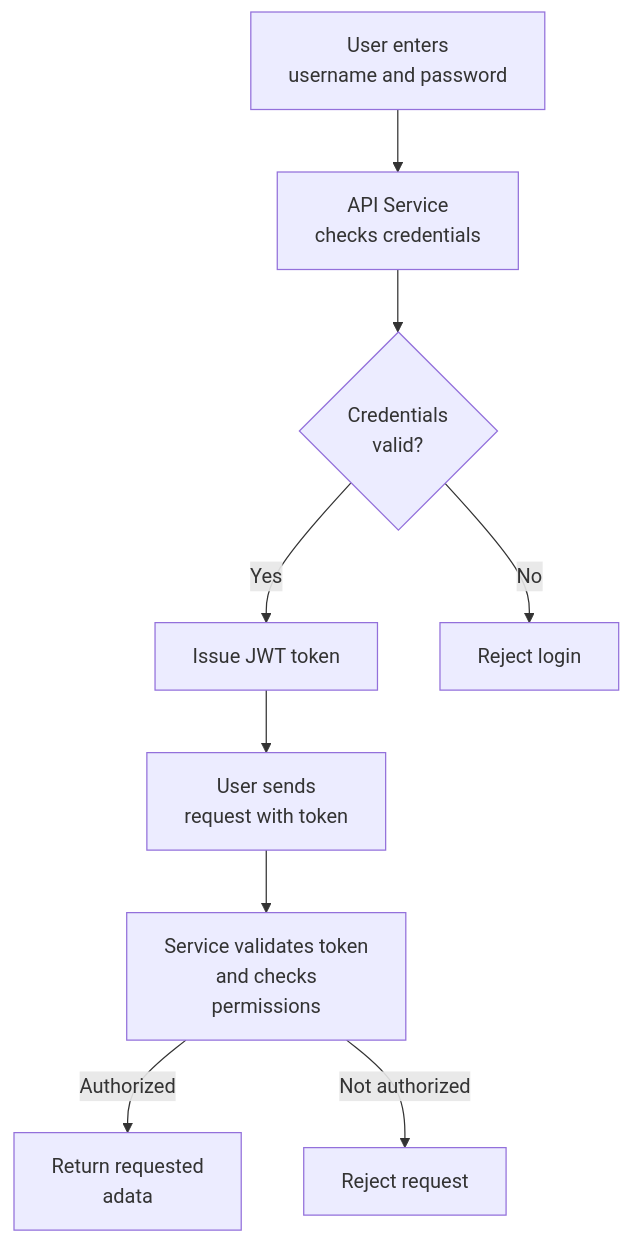
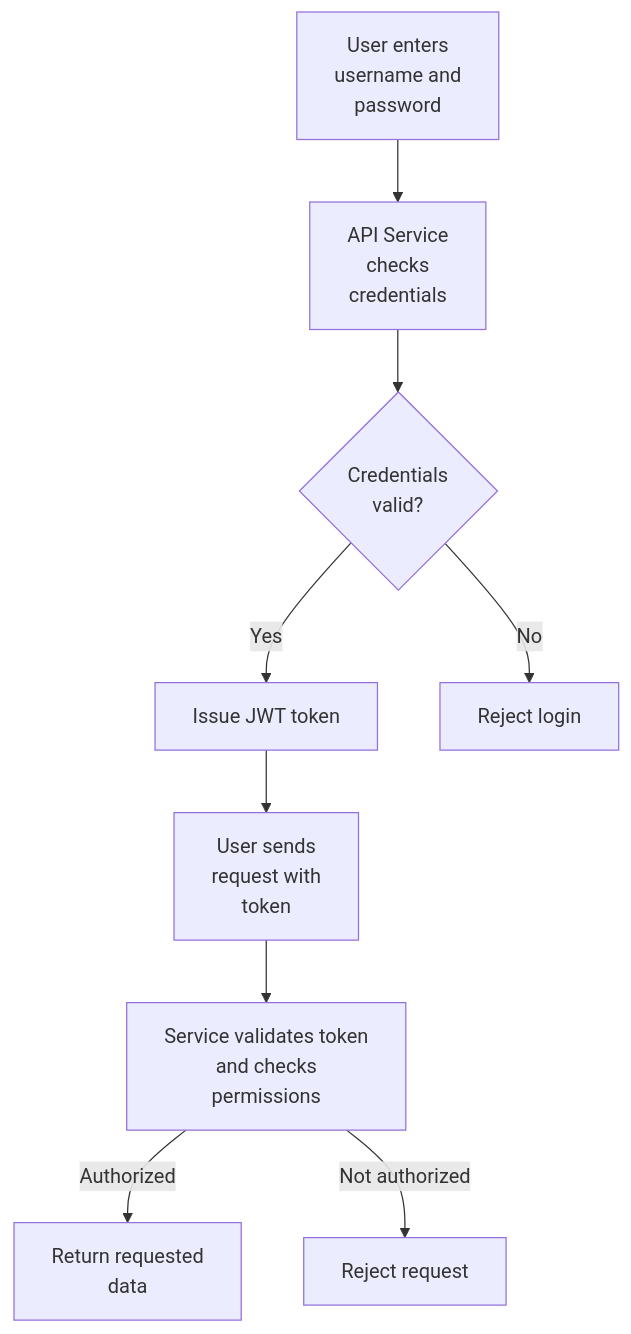
Before and after one commit to shadistaite/gym-management-system: the second of 2 diagrams in docs/architecture.md, drawn with Mermaid.

````diff
--- a/docs/architecture.md
+++ b/docs/architecture.md
@@ -38,21 +38,21 @@
 ```mermaid
 flowchart TD
-    A["User enters<br/>username and password"]
-    B["API Service<br/>checks credentials"]
+    A["User enters<br/>username and<br/>password"]
+    B["API Service<br/>checks<br/>credentials"]
     C{"Credentials<br/>valid?"}
     D["Issue JWT token"]
     E["Reject login"]
-    F["User sends<br/>request with token"]
+    F["User sends<br/>request with<br/>token"]
     G["Service validates token<br/>and checks<br/>permissions"]
-    H["Return requested<br/>adata"]
+    H["Return requested<br/>data"]
     I["Reject request"]
 
     A --> B
     B --> C
     C -->|Yes| D
     C -->|No| E
     D --> F
     F --> G
     G -->|Authorized| H
     G -->|Not authorized| I
 ```
````
